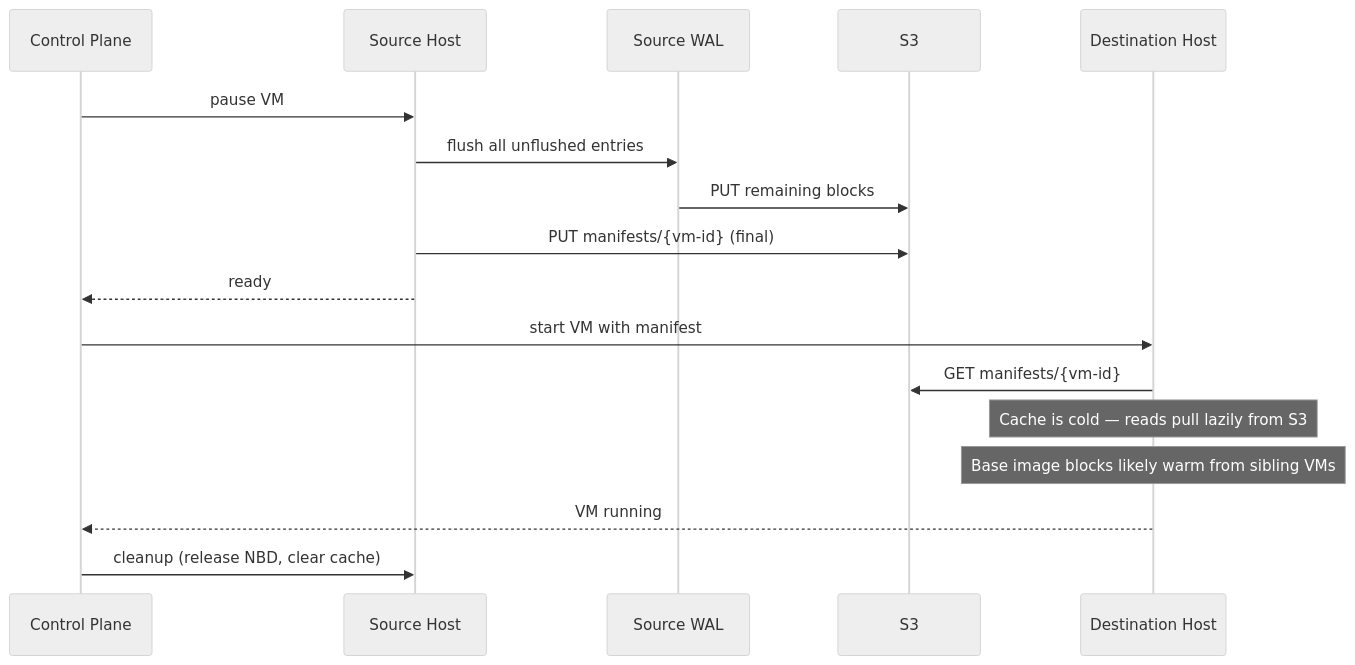
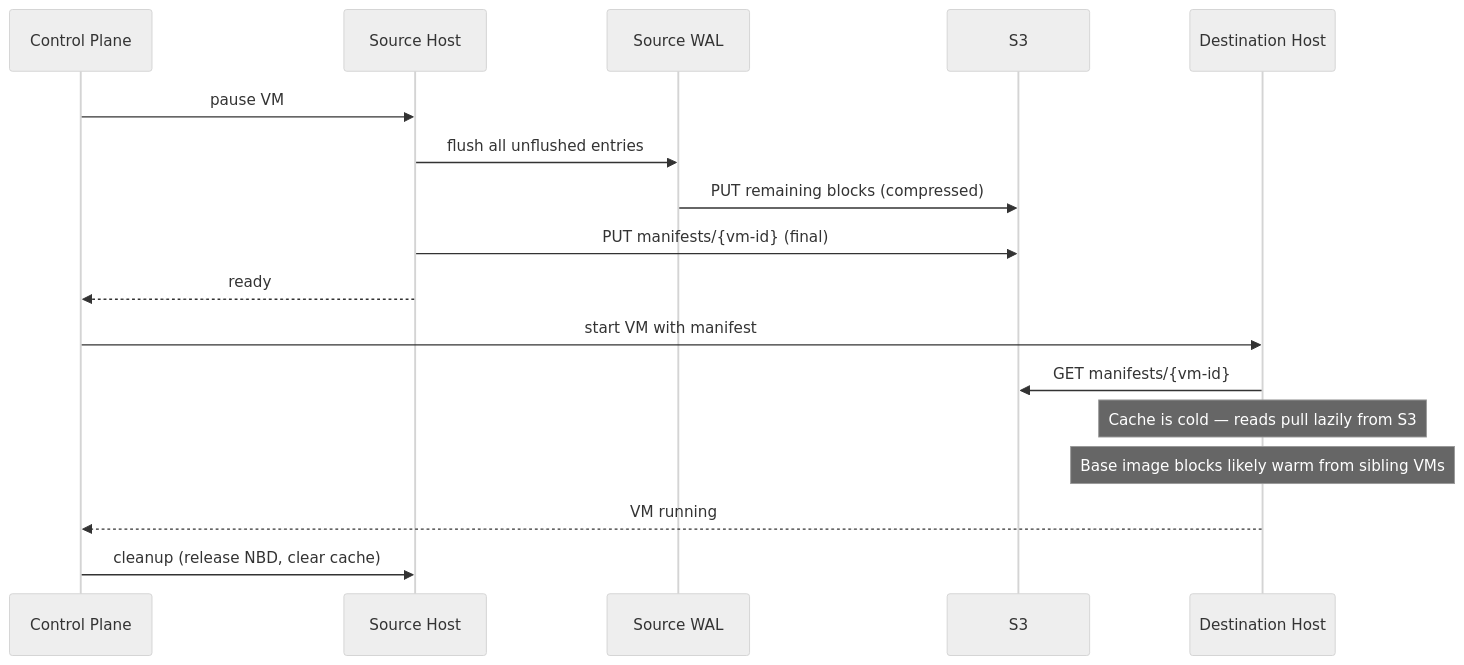
The tenth of 14 diagrams in GLIDEv2.md (paraglidehq/glidefs), drawn with Mermaid (neutral theme) before and after one commit. The commit also changed other lines of this file, not shown here.

````diff
--- a/GLIDEv2.md
+++ b/GLIDEv2.md
@@ -322,21 +446,21 @@
 ```mermaid
 sequenceDiagram
     participant CP as Control Plane
     participant SRC as Source Host
     participant WAL as Source WAL
     participant S3 as S3
     participant DST as Destination Host
 
     CP->>SRC: pause VM
     SRC->>WAL: flush all unflushed entries
-    WAL->>S3: PUT remaining blocks
+    WAL->>S3: PUT remaining blocks (compressed)
     SRC->>S3: PUT manifests/{vm-id} (final)
     SRC-->>CP: ready
 
     CP->>DST: start VM with manifest
     DST->>S3: GET manifests/{vm-id}
     Note over DST: Cache is cold — reads pull lazily from S3
     Note over DST: Base image blocks likely warm from sibling VMs
     DST-->>CP: VM running
     CP->>SRC: cleanup (release NBD, clear cache)
 ```
````
